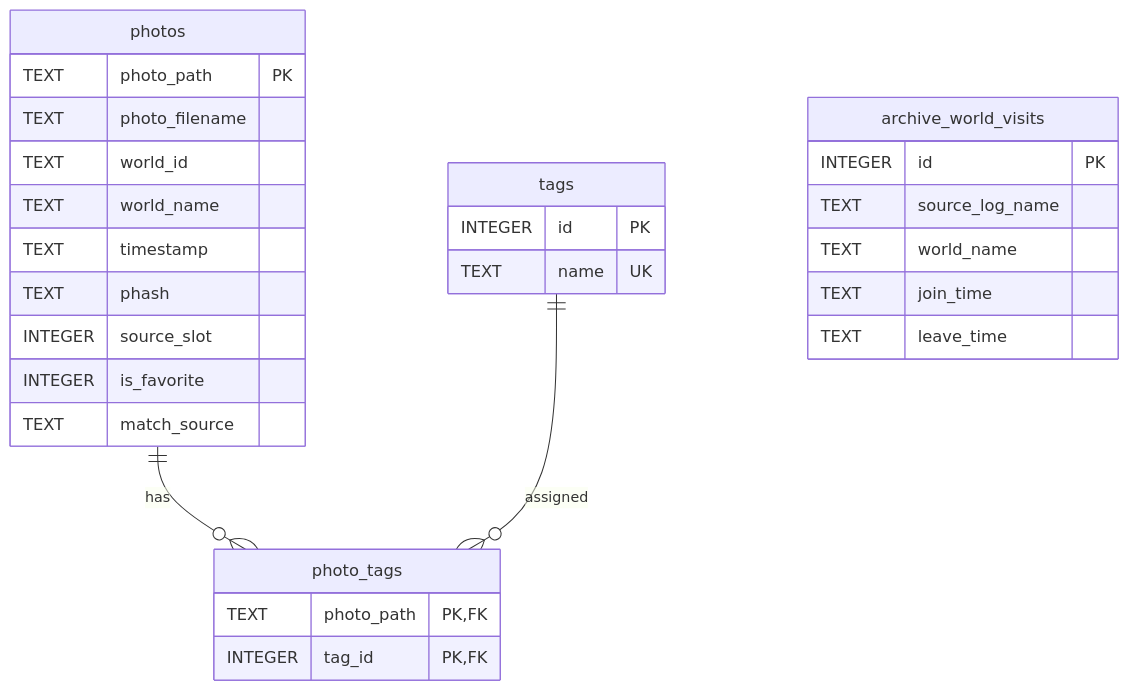
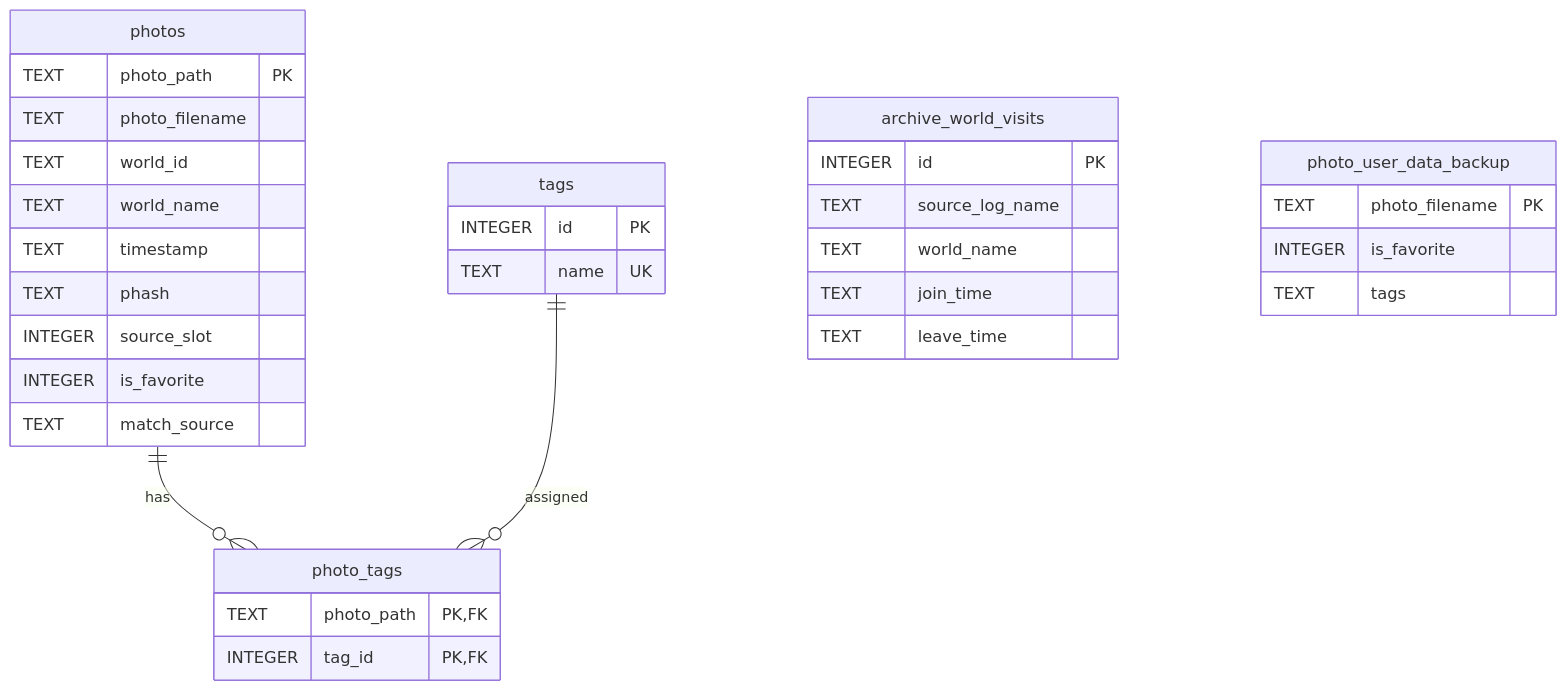
Before and after one commit to cosmoartsstore-private/Alpheratz: the diagram in docs/database.md, drawn with Mermaid. The commit also changed other lines of this file and 84 other files, not shown here.

````diff
--- a/docs/database.md
+++ b/docs/database.md
@@ -17,35 +72,41 @@
 ```mermaid
 erDiagram
     photos ||--o{ photo_tags : has
     tags ||--o{ photo_tags : assigned
 
     photos {
         TEXT photo_path PK
         TEXT photo_filename
         TEXT world_id
         TEXT world_name
         TEXT timestamp
         TEXT phash
         INTEGER source_slot
         INTEGER is_favorite
         TEXT match_source
     }
 
     tags {
         INTEGER id PK
         TEXT name UK
     }
 
     photo_tags {
         TEXT photo_path PK,FK
         INTEGER tag_id PK,FK
     }
 
     archive_world_visits {
         INTEGER id PK
         TEXT source_log_name
         TEXT world_name
         TEXT join_time
         TEXT leave_time
     }
+
+    photo_user_data_backup {
+        TEXT photo_filename PK
+        INTEGER is_favorite
+        TEXT tags
+    }
 ```
````
